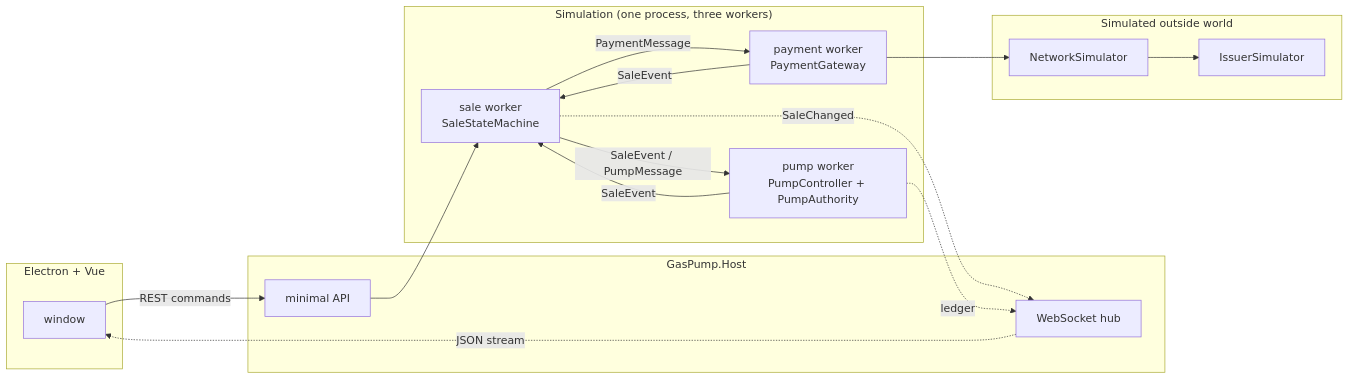
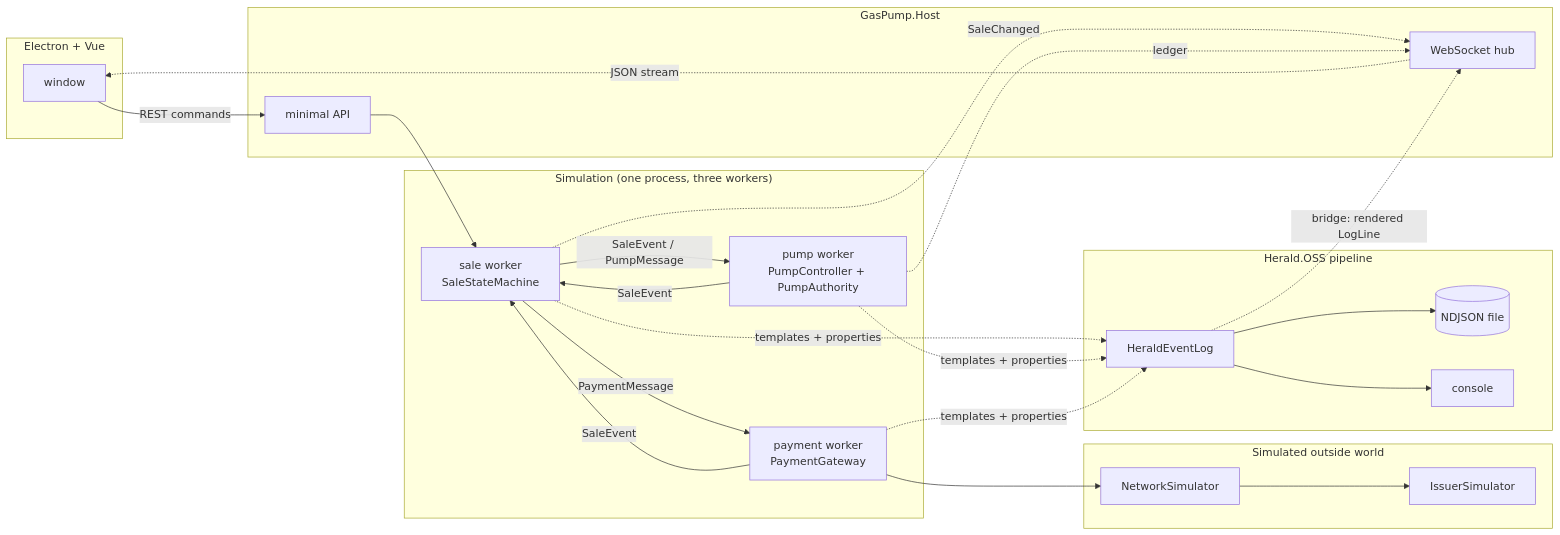
The first of 4 diagrams in docs/architecture.md (mmpworks/MMP.GasPumpSimulator), drawn with Mermaid before and after one commit. The commit also changed other lines of this file and 22 other files, not shown here.

````diff
--- a/docs/architecture.md
+++ b/docs/architecture.md
@@ -5,27 +5,33 @@
 ```mermaid
 flowchart LR
     subgraph UI["Electron + Vue"]
         W[window]
     end
     subgraph Host["GasPump.Host"]
         API[minimal API]
         WS[WebSocket hub]
     end
     subgraph Sim["Simulation (one process, three workers)"]
         S[sale worker<br/>SaleStateMachine]
         P[pump worker<br/>PumpController + PumpAuthority]
         Y[payment worker<br/>PaymentGateway]
     end
     subgraph Outside["Simulated outside world"]
         N[NetworkSimulator] --> I[IssuerSimulator]
     end
     W -->|REST commands| API --> S
     S -->|SaleEvent / PumpMessage| P
     P -->|SaleEvent| S
     S -->|PaymentMessage| Y
     Y -->|SaleEvent| S
     Y --> N
     S -.->|SaleChanged| WS
     P -.->|ledger| WS
     WS -.->|JSON stream| W
+    subgraph Herald["Herald.OSS pipeline"]
+        H[HeraldEventLog] --> F[(NDJSON file)]
+        H --> C[console]
+    end
+    S & P & Y -.->|templates + properties| H
+    H -.->|bridge: rendered LogLine| WS
 ```
````
